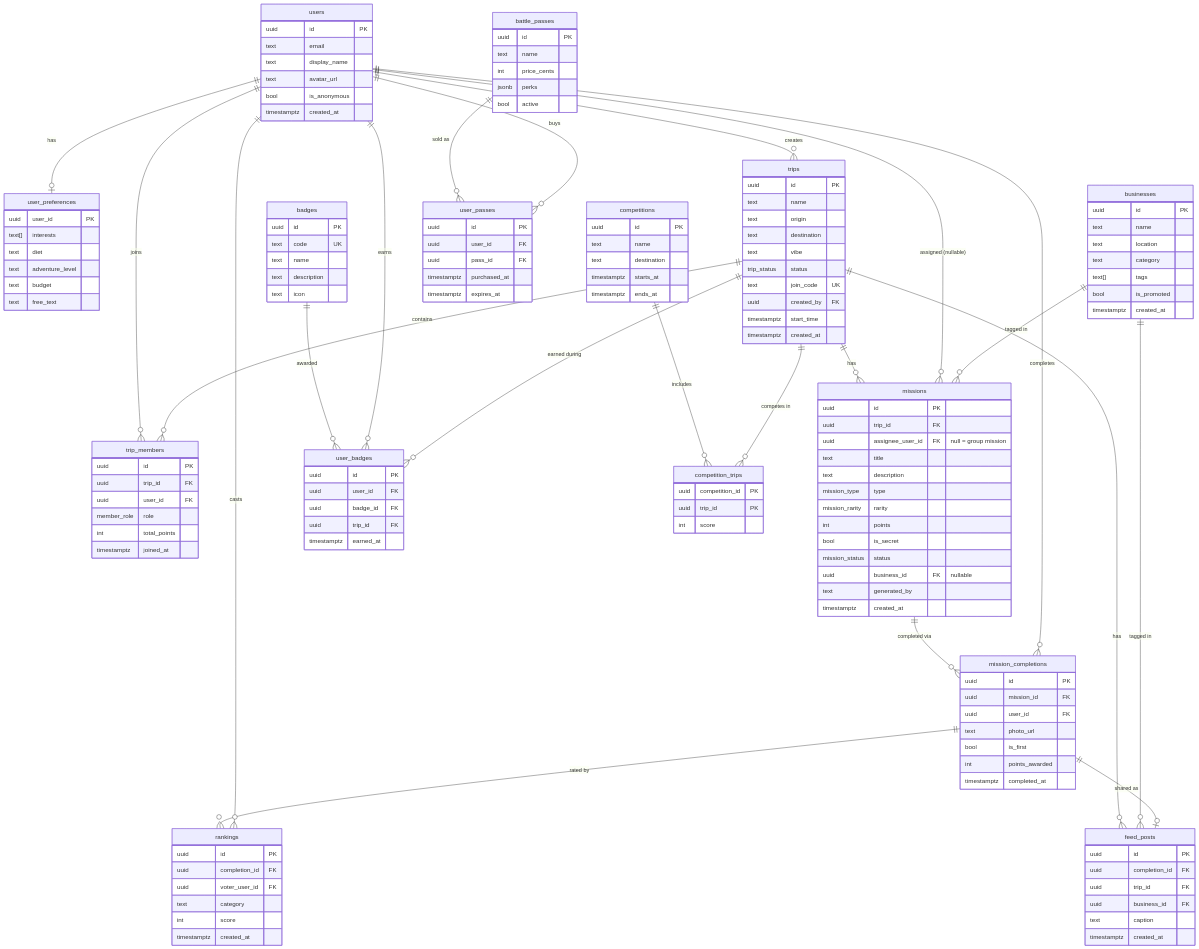
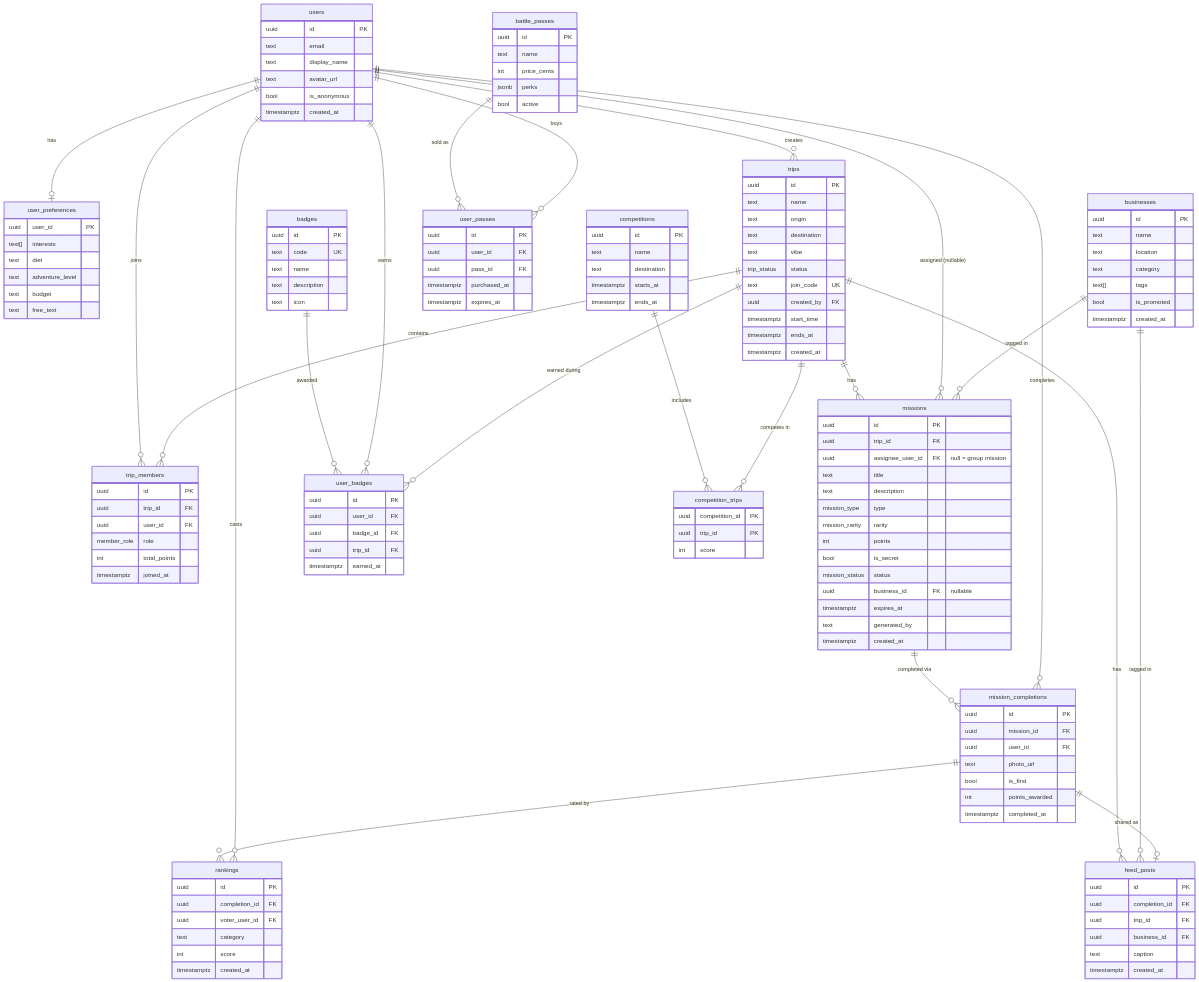
One commit to IsraarHamid/sidequest changed the diagram in DATABASE.md. Above: the diagram before and after it, drawn with Mermaid. The commit also changed other lines of this file and 2 other files, not shown here.

Commit message:
Add optional timer fields (trips.ends_at, missions.expires_at)
Supports the countdown-timer UI in the Paper Chaos design. Both nullable so
they break nothing when unused. Updated schema, ERD, Pydantic models, and store.

```diff
--- a/DATABASE.md
+++ b/DATABASE.md
@@ -81,6 +81,7 @@
         text join_code UK
         uuid created_by FK
         timestamptz start_time
+        timestamptz ends_at
         timestamptz created_at
     }
     trip_members {
@@ -103,6 +104,7 @@
         bool is_secret
         mission_status status
         uuid business_id FK "nullable"
+        timestamptz expires_at
         text generated_by
         timestamptz created_at
     }
```
